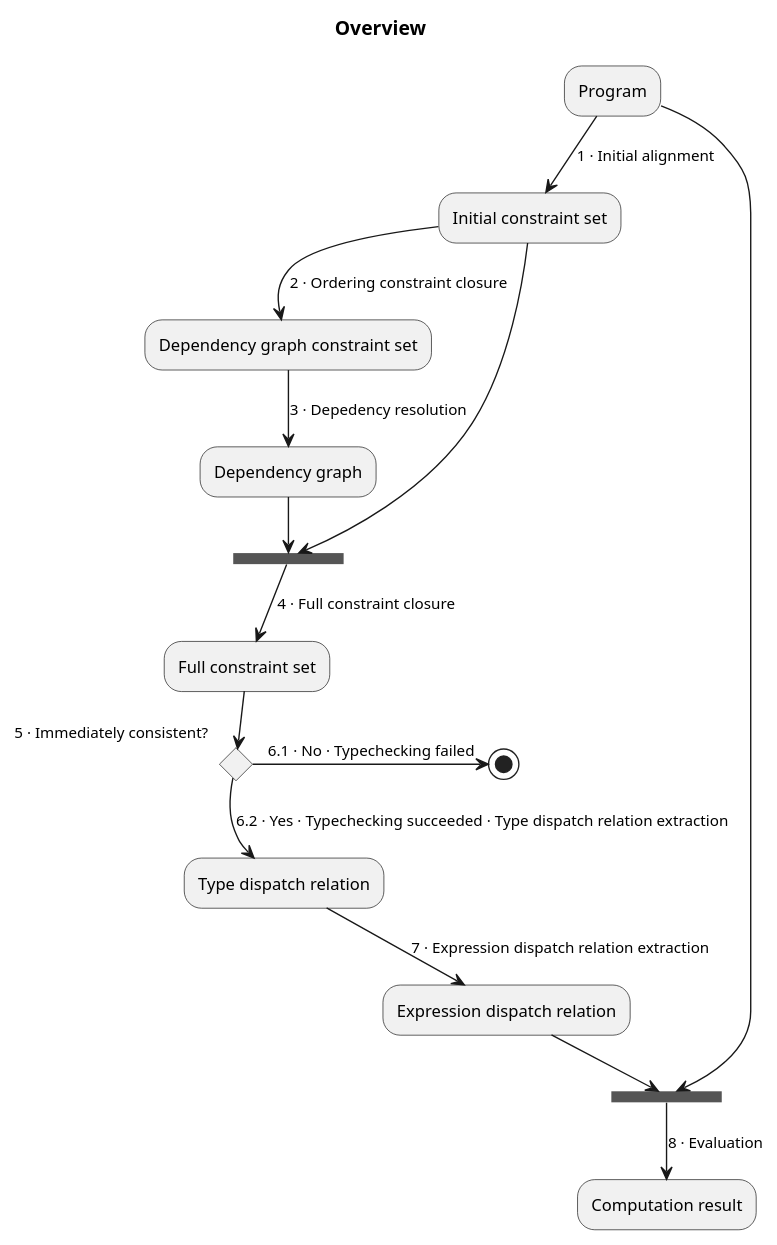
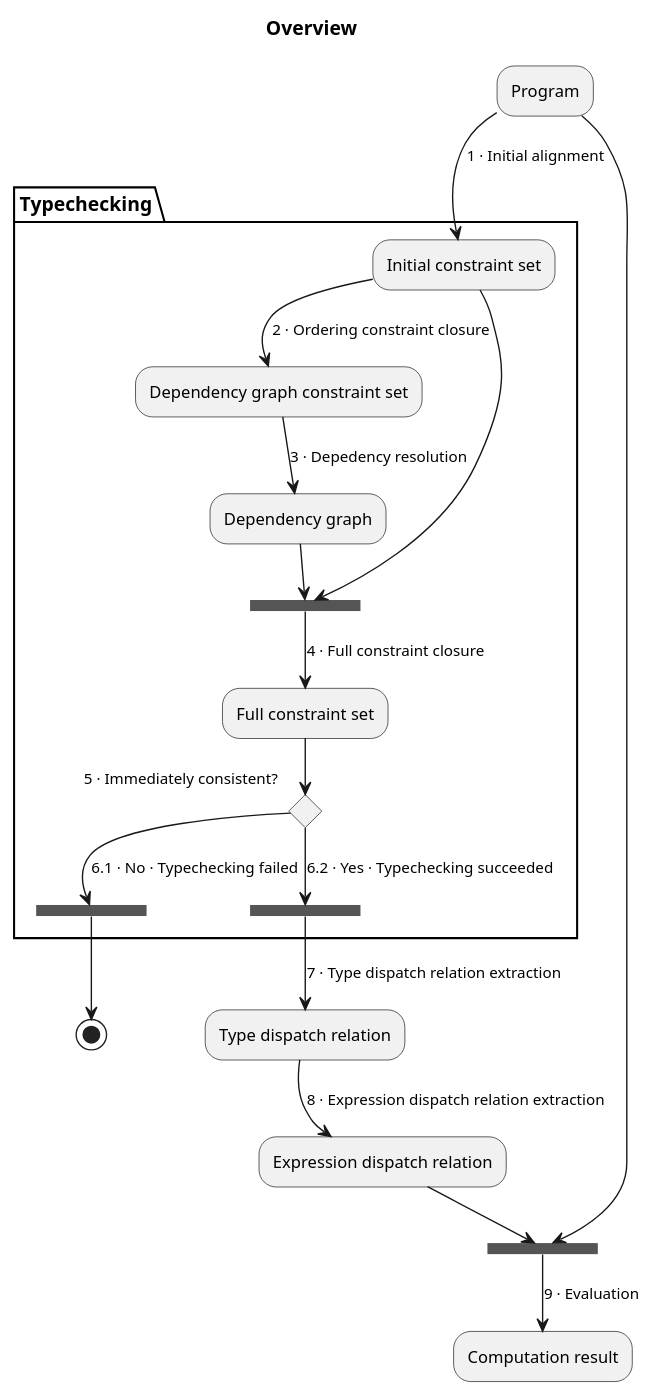
The first of 2 diagrams in docs/implementation-notes.org (JHU-PL-Lab/whayrf), drawn with PlantUML before and after one commit. The commit also changed 1 other file, not shown here.

Commit message:
Partition typechecking in implementation notes

```diff
--- a/docs/implementation-notes.org
+++ b/docs/implementation-notes.org
@@ -5,19 +5,26 @@
   #+BEGIN_SRC plantuml :file images/overview.png :exports results
     title Overview
 
-    "Program" -->[1 · Initial alignment] "Initial constraint set"
-    -->[2 · Ordering constraint closure] "Dependency graph constraint set"
-    -->[3 · Depedency resolution] "Dependency graph"
-    --> ===full_constraint_closure===
-    "Initial constraint set" --> ===full_constraint_closure===
-    ===full_constraint_closure=== -->[4 · Full constraint closure] "Full constraint set"
-    if "5 · Immediately consistent?" then
-      ->[6.1 · No · Typechecking failed] (*)
-    else
-      -->[6.2 · Yes · Typechecking succeeded · Type dispatch relation extraction] "Type dispatch relation"
-      -->[7 · Expression dispatch relation extraction] "Expression dispatch relation"
-      --> ===evaluation===
-      "Program" --> ===evaluation===
-      ===evaluation=== -->[8 · Evaluation] "Computation result"
-    endif
+    "Program" --> ===evaluation===
+
+    partition Typechecking {
+      "Program" -->[1 · Initial alignment] "Initial constraint set"
+      "Initial constraint set" -->[2 · Ordering constraint closure] "Dependency graph constraint set"
+      -->[3 · Depedency resolution] "Dependency graph"
+      --> ===full_constraint_closure===
+      "Initial constraint set" --> ===full_constraint_closure===
+      ===full_constraint_closure=== -->[4 · Full constraint closure] "Full constraint set"
+      if "5 · Immediately consistent?" then
+        -->[6.1 · No · Typechecking failed] ===typechecking_failed===
+      else
+        -->[6.2 · Yes · Typechecking succeeded] ===typechecking_succeeded===
+      endif
+    }
+
+    ===typechecking_failed=== --> (*)
+    ===typechecking_succeeded=== -->[7 · Type dispatch relation extraction] "Type dispatch relation"
+
+    "Type dispatch relation" -->[8 · Expression dispatch relation extraction] "Expression dispatch relation"
+    --> ===evaluation===
+    -->[9 · Evaluation] "Computation result"
   #+END_SRC
```
